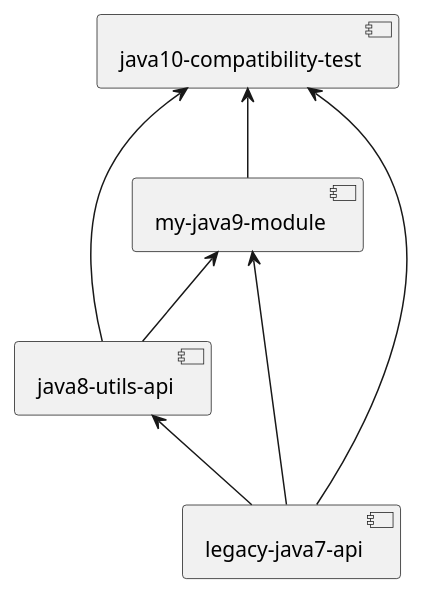
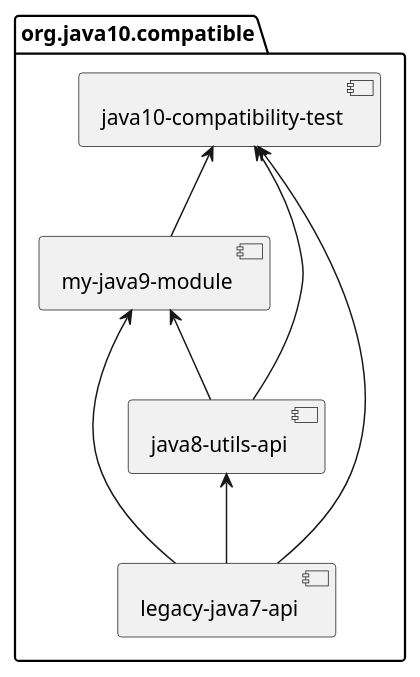
The diagram in java10-compatibility-test/src/main/resources/components.puml (ortolanph/VarCompatibilityTest), drawn with PlantUML before and after one commit. The commit also changed 15 other files, not shown here.

```diff
--- a/java10-compatibility-test/src/main/resources/components.puml
+++ b/java10-compatibility-test/src/main/resources/components.puml
@@ -1,18 +1,22 @@
 @startuml
 
-[legacy-java7-api]
+package org.java10.compatible {
 
-[java8-utils-api]
+    [legacy-java7-api]
 
-[my-java9-module]
+    [java8-utils-api]
 
-[java10-compatibility-test]
+    [my-java9-module]
 
-[legacy-java7-api] -up-> [java8-utils-api]
-[legacy-java7-api] -up-> [my-java9-module]
-[java8-utils-api] -up-> [my-java9-module]
-[my-java9-module] -up-> [java10-compatibility-test]
-[java8-utils-api] -up-> [java10-compatibility-test]
-[legacy-java7-api] -up-> [java10-compatibility-test]
+    [java10-compatibility-test]
+
+    [legacy-java7-api] -up-> [java8-utils-api]
+    [legacy-java7-api] -up-> [my-java9-module]
+    [java8-utils-api] -up-> [my-java9-module]
+    [my-java9-module] -up-> [java10-compatibility-test]
+    [java8-utils-api] -up-> [java10-compatibility-test]
+    [legacy-java7-api] -up-> [java10-compatibility-test]
+
+}
 
 @enduml
```
